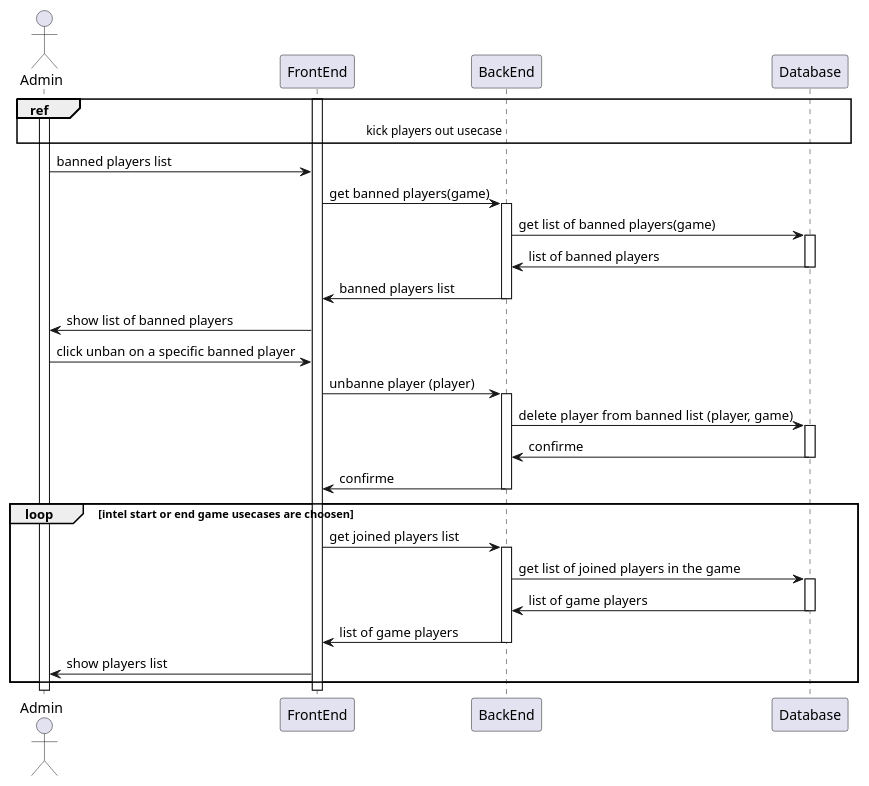
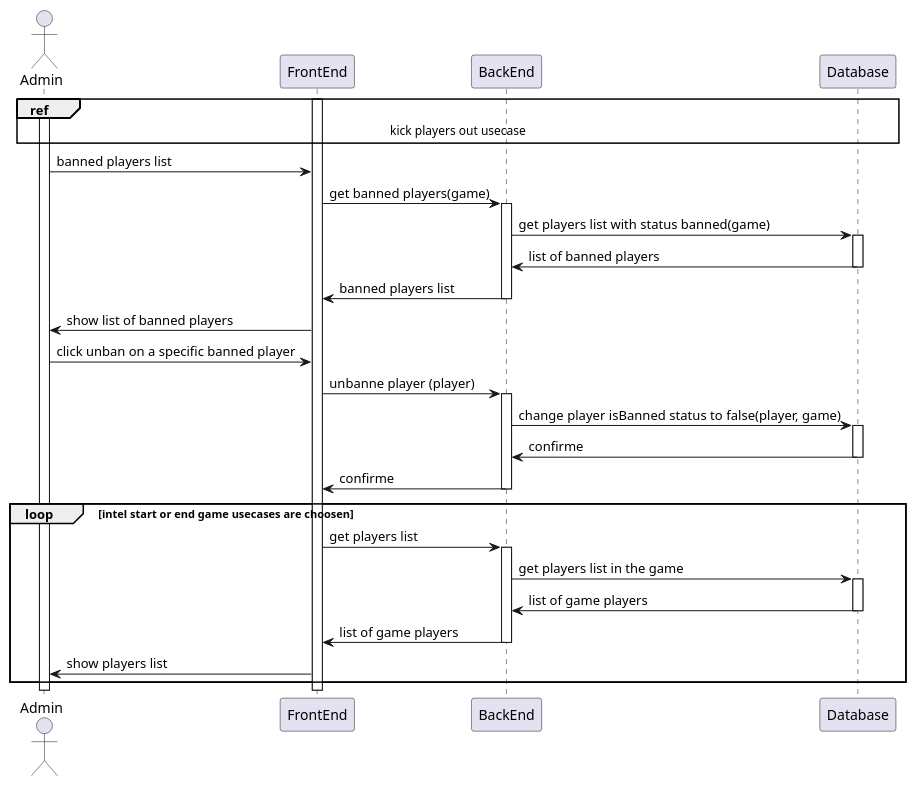
One commit to monoploy-game/design changed the diagram in detailedSDs/admin/unbane_player.wsd. Above: the diagram before and after it, drawn with PlantUML. The commit also changed 1 other file, not shown here.

Commit message:
updated unbane player sd and dSD, to sync with class diagram

```diff
--- a/detailedSDs/admin/unbane_player.wsd
+++ b/detailedSDs/admin/unbane_player.wsd
@@ -1,57 +1,57 @@
 @startuml
 
 actor Admin
 
 Activate Admin
 Activate FrontEnd
 
 ref over Admin, FrontEnd, BackEnd, Database : kick players out usecase
 
 Admin ->  FrontEnd : banned players list
 FrontEnd -> BackEnd : get banned players(game)
 Activate BackEnd
 
-BackEnd -> Database : get list of banned players(game)
+BackEnd -> Database : get players list with status banned(game)
 Activate Database
 
 Database -> BackEnd : list of banned players
 deactivate Database
 
 BackEnd -> FrontEnd : banned players list
 deactivate BackEnd
 
 FrontEnd -> Admin : show list of banned players
 
 Admin -> FrontEnd : click unban on a specific banned player
 FrontEnd -> BackEnd : unbanne player (player)
 Activate BackEnd
 
-BackEnd -> Database : delete player from banned list (player, game)
+BackEnd -> Database : change player isBanned status to false(player, game)
 Activate Database
 
 Database -> BackEnd : confirme
 deactivate Database
 
 BackEnd -> FrontEnd : confirme
 deactivate BackEnd
 
 
 loop intel start or end game usecases are choosen
 
-    FrontEnd -> BackEnd : get joined players list
+    FrontEnd -> BackEnd : get players list
     Activate BackEnd
 
-    BackEnd -> Database : get list of joined players in the game
+    BackEnd -> Database : get players list in the game
     Activate Database
 
     Database -> BackEnd : list of game players
     deactivate Database
 
     BackEnd -> FrontEnd : list of game players
     deactivate BackEnd
 
     FrontEnd -> Admin : show players list
 
 end
 
 @enduml
```
